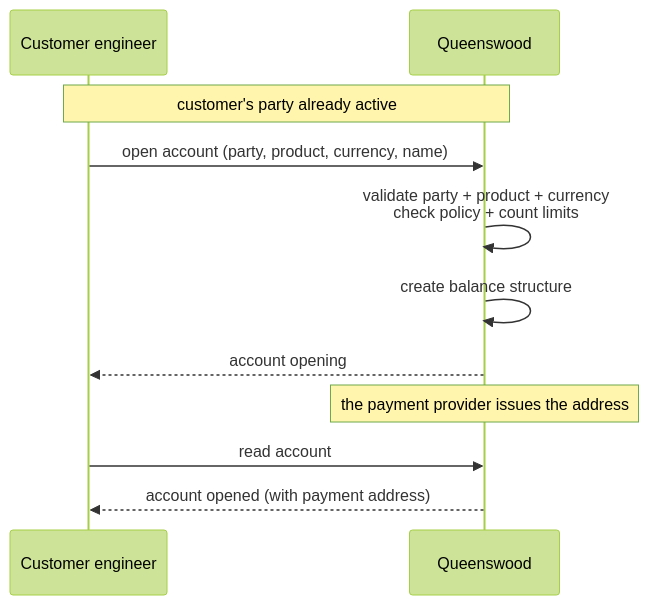
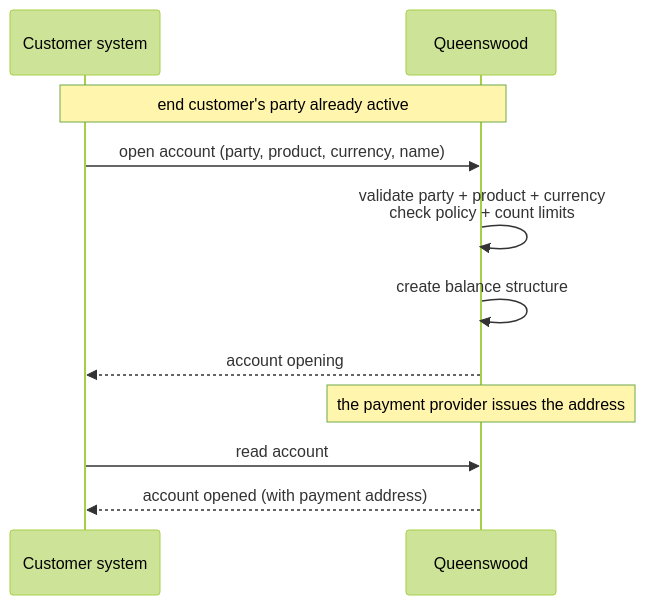
The first of 3 diagrams in docs/prd/cash-accounts.md (repldriven/queenswood), drawn with Mermaid (forest theme) before and after one commit. The commit also changed other lines of this file and 32 other files, not shown here.

````diff
--- a/docs/prd/cash-accounts.md
+++ b/docs/prd/cash-accounts.md
@@ -260,14 +260,14 @@
 ```mermaid
 sequenceDiagram
-    participant T as Customer engineer
+    participant T as Customer system
     participant Q as Queenswood
 
-    Note over T,Q: customer's party already active
+    Note over T,Q: end customer's party already active
     T->>Q: open account (party, product, currency, name)
     Q->>Q: validate party + product + currency<br/>check policy + count limits
     Q->>Q: create balance structure
     Q-->>T: account opening
     Note over Q: the payment provider issues the address
     T->>Q: read account
     Q-->>T: account opened (with payment address)
 ```
````
